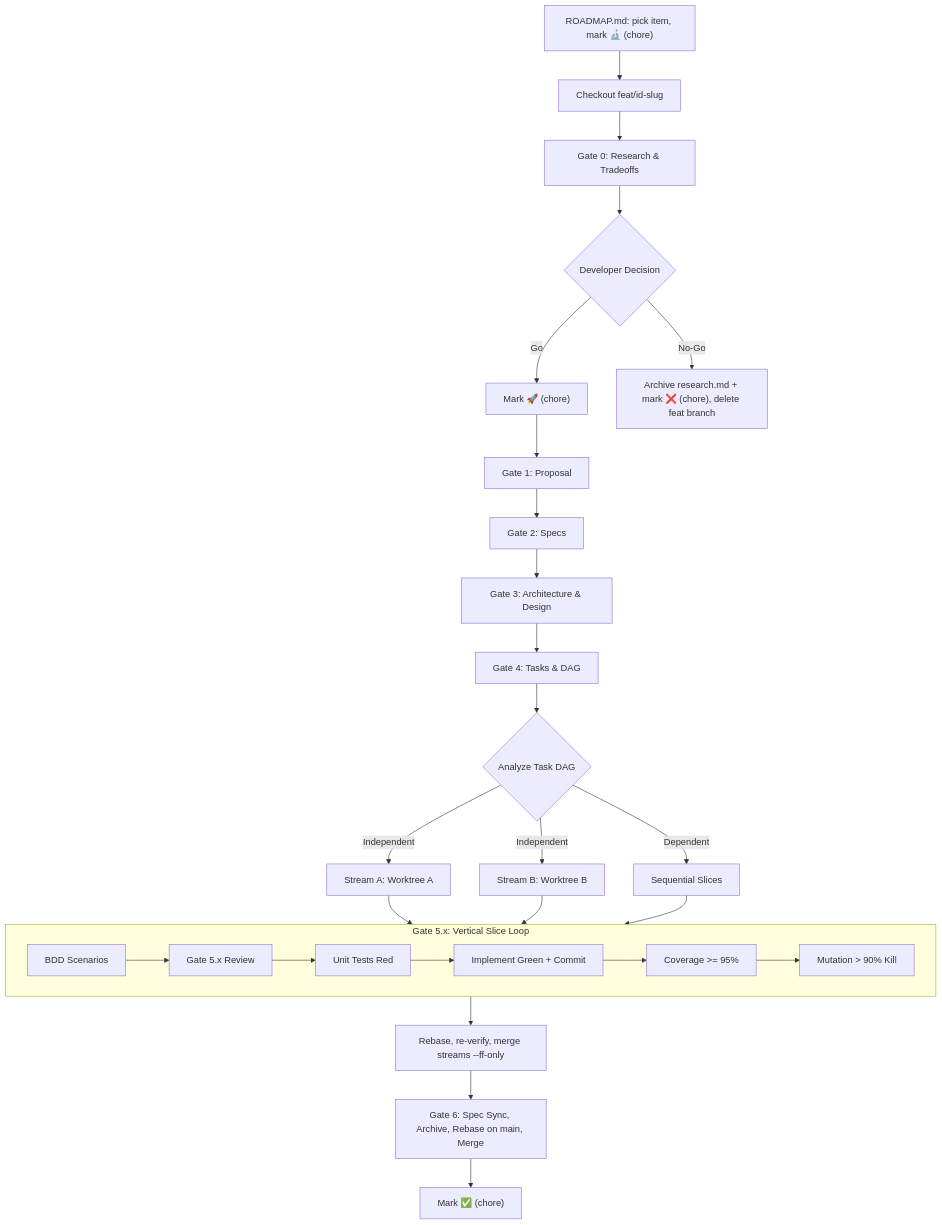
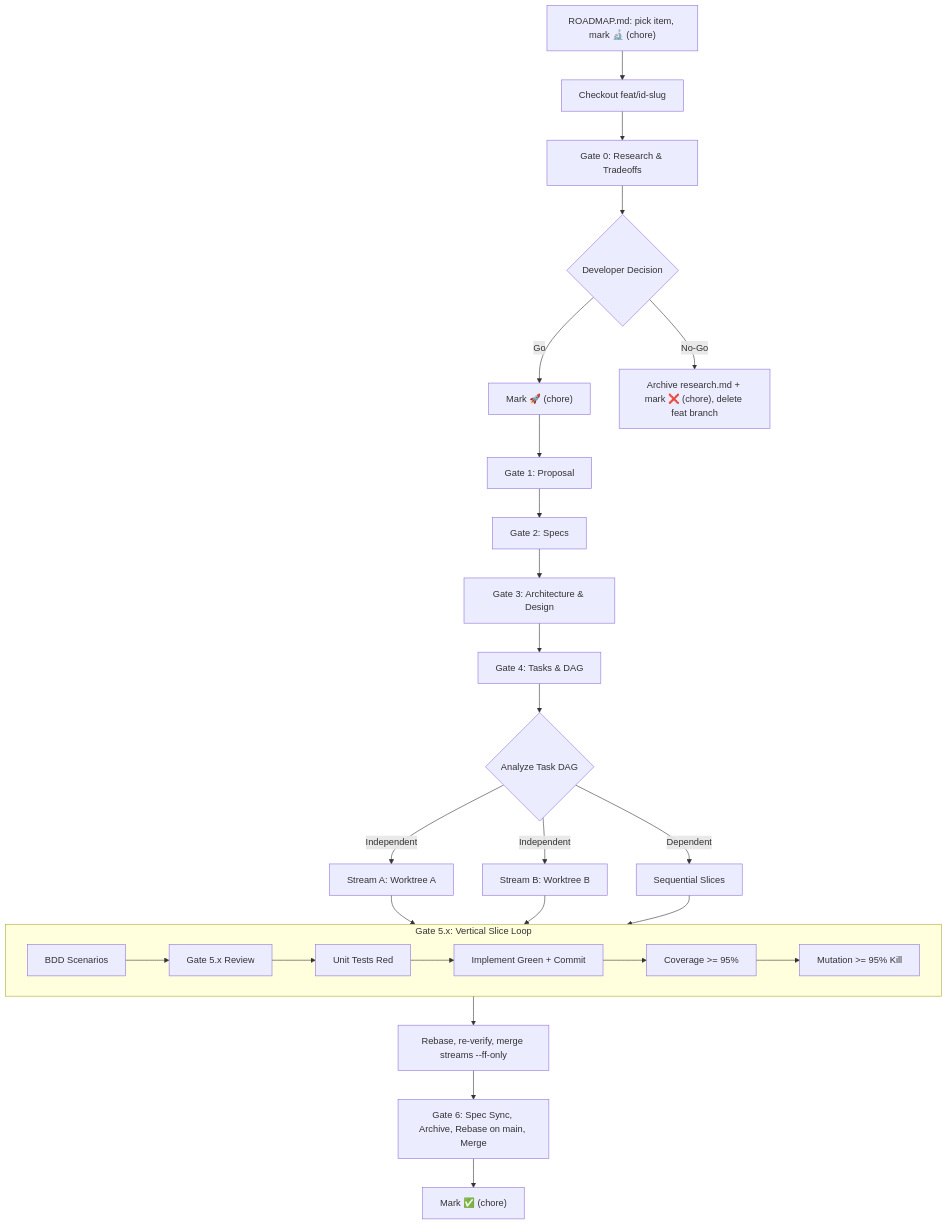
One commit to mgabs/spec-rails changed the first of 2 diagrams in openspec/spec-rails/WORKFLOW.md. Above: the diagram before and after it, drawn with Mermaid. The commit also changed other lines of this file and 9 other files, not shown here.

````diff
--- a/openspec/spec-rails/WORKFLOW.md
+++ b/openspec/spec-rails/WORKFLOW.md
@@ -102,35 +102,35 @@
 ```mermaid
 flowchart TD
     RD["ROADMAP.md: pick item, mark 🔬 (chore)"] --> B0[Checkout feat/id-slug]
     B0 --> G0[Gate 0: Research & Tradeoffs]
     G0 --> Dec0{Developer Decision}
 
     Dec0 -- Go --> Go["Mark 🚀 (chore)"]
     Go --> G1[Gate 1: Proposal]
     Dec0 -- No-Go --> Drop["Archive research.md + mark ❌ (chore), delete feat branch"]
 
     G1 --> G2[Gate 2: Specs]
     G2 --> G3[Gate 3: Architecture & Design]
     G3 --> G4[Gate 4: Tasks & DAG]
     G4 --> DAG{Analyze Task DAG}
 
     DAG -- Independent --> S_A[Stream A: Worktree A]
     DAG -- Independent --> S_B[Stream B: Worktree B]
     DAG -- Dependent --> S_Seq[Sequential Slices]
 
     subgraph Slice_Loop [Gate 5.x: Vertical Slice Loop]
         A1[BDD Scenarios] --> GA[Gate 5.x Review]
         GA --> A2[Unit Tests Red]
         A2 --> A3[Implement Green + Commit]
         A3 --> A4[Coverage >= 95%]
-        A4 --> A5["Mutation > 90% Kill"]
+        A4 --> A5["Mutation >= 95% Kill"]
     end
 
     S_A --> Slice_Loop
     S_B --> Slice_Loop
     S_Seq --> Slice_Loop
 
     Slice_Loop --> MS["Rebase, re-verify, merge streams --ff-only"]
     MS --> G6[Gate 6: Spec Sync, Archive, Rebase on main, Merge]
     G6 --> Ship["Mark ✅ (chore)"]
 ```
````
